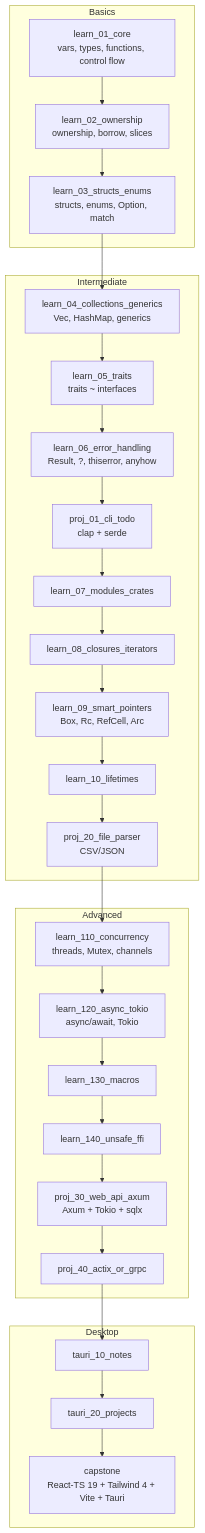
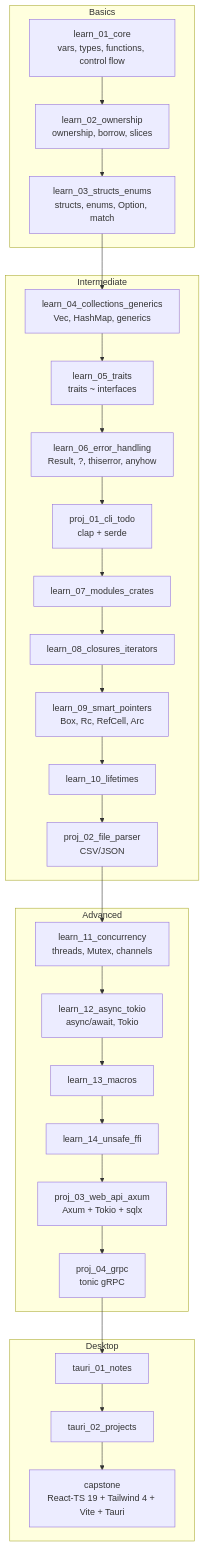
The diagram in README.md (devravinder/learn-rust), drawn with Mermaid before and after one commit.

Commit message:
Fix root README roadmap to final sequential names (advanced/desktop sections)

````diff
--- a/README.md
+++ b/README.md
@@ -43,31 +43,31 @@
 ```mermaid
 graph TD
     subgraph Basics
         A[learn_01_core<br/>vars, types, functions, control flow] --> B[learn_02_ownership<br/>ownership, borrow, slices]
         B --> C[learn_03_structs_enums<br/>structs, enums, Option, match]
     end
     subgraph Intermediate
         C --> D[learn_04_collections_generics<br/>Vec, HashMap, generics]
         D --> E[learn_05_traits<br/>traits ~ interfaces]
         E --> F[learn_06_error_handling<br/>Result, ?, thiserror, anyhow]
         F --> P1[proj_01_cli_todo<br/>clap + serde]
         P1 --> G[learn_07_modules_crates]
         G --> H[learn_08_closures_iterators]
         H --> I[learn_09_smart_pointers<br/>Box, Rc, RefCell, Arc]
         I --> J[learn_10_lifetimes]
-        J --> P2[proj_20_file_parser<br/>CSV/JSON]
+        J --> P2[proj_02_file_parser<br/>CSV/JSON]
     end
     subgraph Advanced
-        P2 --> K[learn_110_concurrency<br/>threads, Mutex, channels]
-        K --> L[learn_120_async_tokio<br/>async/await, Tokio]
-        L --> M[learn_130_macros]
-        M --> N[learn_140_unsafe_ffi]
-        N --> P3[proj_30_web_api_axum<br/>Axum + Tokio + sqlx]
-        P3 --> P4[proj_40_actix_or_grpc]
+        P2 --> K[learn_11_concurrency<br/>threads, Mutex, channels]
+        K --> L[learn_12_async_tokio<br/>async/await, Tokio]
+        L --> M[learn_13_macros]
+        M --> N[learn_14_unsafe_ffi]
+        N --> P3[proj_03_web_api_axum<br/>Axum + Tokio + sqlx]
+        P3 --> P4[proj_04_grpc<br/>tonic gRPC]
     end
     subgraph Desktop
-        P4 --> T1[tauri_10_notes]
-        T1 --> T2[tauri_20_projects]
+        P4 --> T1[tauri_01_notes]
+        T1 --> T2[tauri_02_projects]
         T2 --> CAP[capstone<br/>React-TS 19 + Tailwind 4 + Vite + Tauri]
     end
 ```
````
